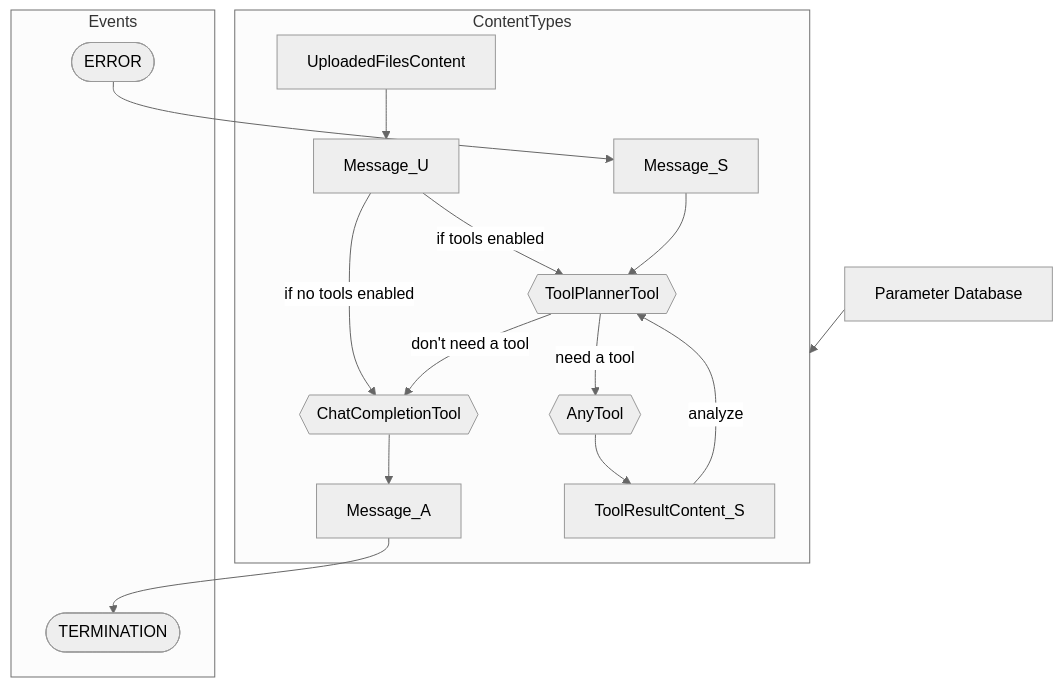
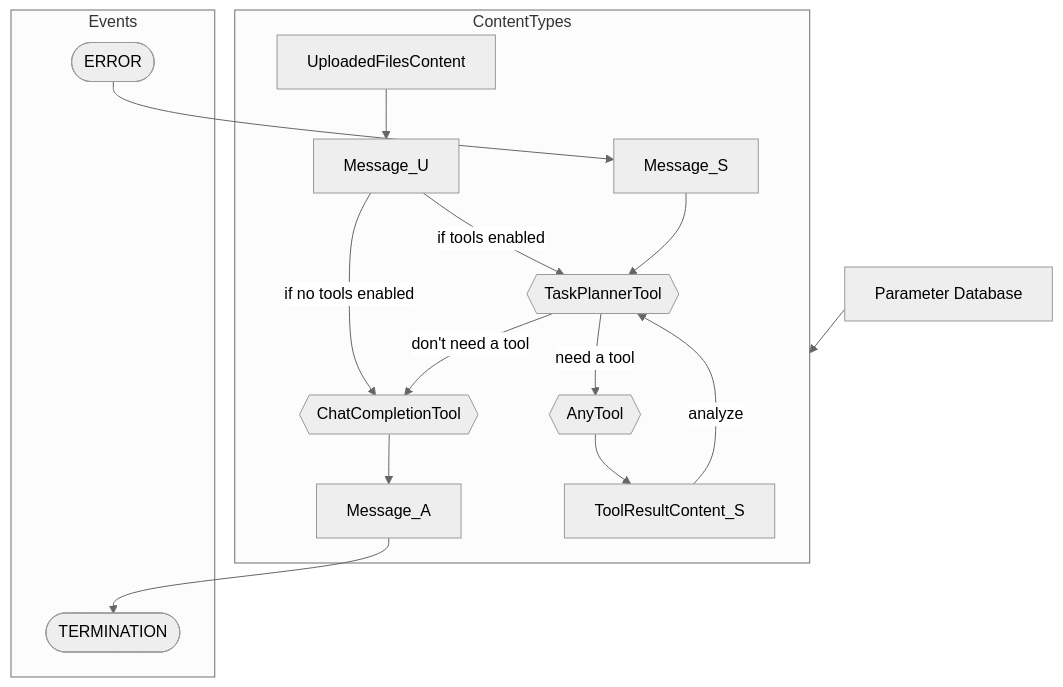
Before and after one commit to Xyntopia/taskyon: the third of 3 diagrams in public/docs/conversations/taskyon_description.md, drawn with Mermaid (neutral theme).

Commit message:
update toolname

````diff
--- a/public/docs/conversations/taskyon_description.md
+++ b/public/docs/conversations/taskyon_description.md
@@ -146,33 +146,33 @@
 ```mermaid
 flowchart TD
   subgraph ContentTypes
     cct{{ChatCompletionTool}}
-    tpt{{ToolPlannerTool}}
+    tpt{{TaskPlannerTool}}
     at{{AnyTool}}
     Message_U
     Message_A
     Message_S
     ToolResultContent_S
     UploadedFilesContent
   end
 
   subgraph Events
       TERMINATION([TERMINATION])
       Error_S([ERROR])
   end
 
   paramdb["Parameter Database"] --> ContentTypes
 
   UploadedFilesContent --> Message_U
   Message_U -- if no tools enabled --> cct
   Message_U -- if tools enabled --> tpt
   tpt -- don't need a tool--> cct
   tpt -- need a tool --> at
   at --> ToolResultContent_S
   ToolResultContent_S -- analyze --> tpt
   Error_S --> Message_S
   Message_S --> tpt
   Message_A --> TERMINATION
   cct --> Message_A
 
 ```
````
